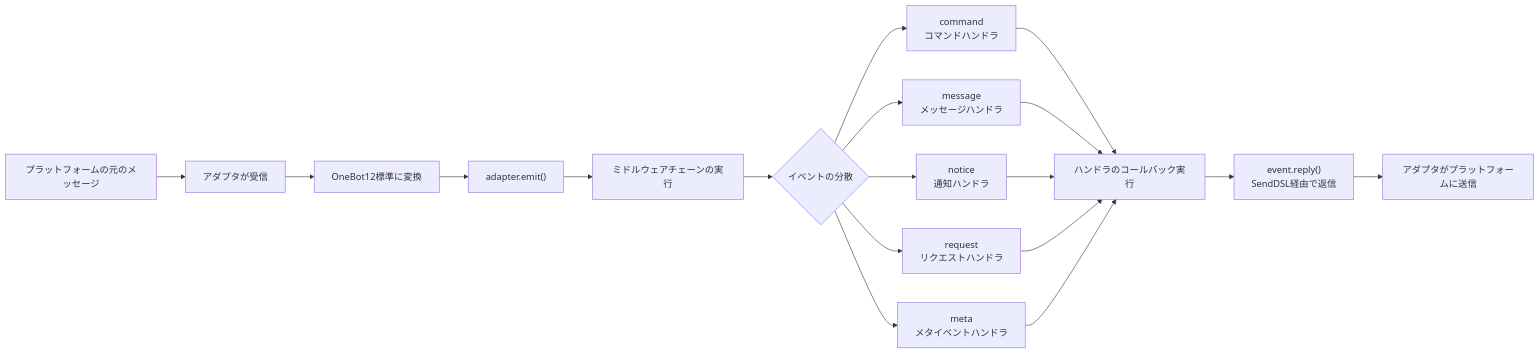
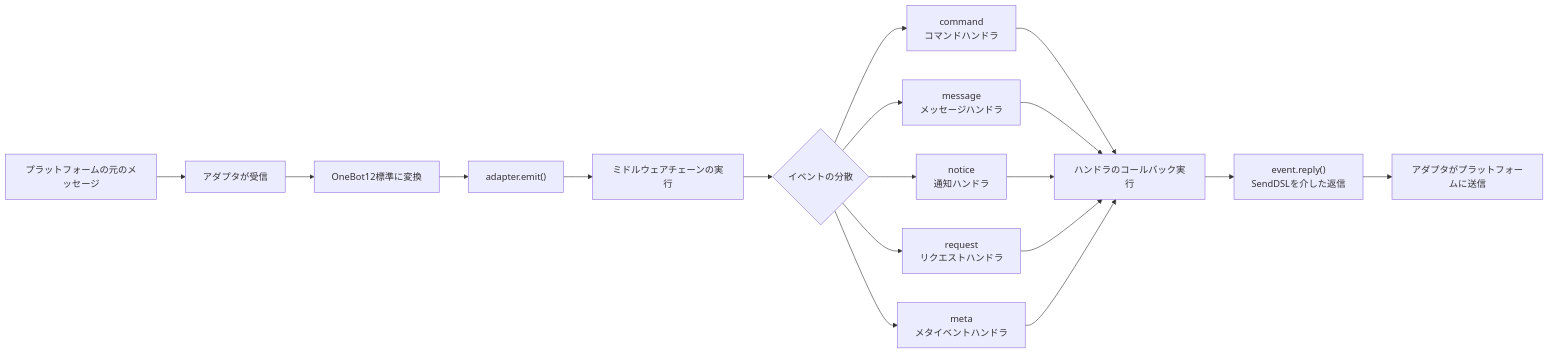
One commit to ErisPulse/ErisPulse changed the third of 10 diagrams in docs/ja/architecture.md. Above: the diagram before and after it, drawn with Mermaid. The commit also changed other lines of this file and 83 other files, not shown here.

````diff
--- a/docs/ja/architecture.md
+++ b/docs/ja/architecture.md
@@ -88,16 +88,16 @@
 ```mermaid
 flowchart LR
     A["プラットフォームの元のメッセージ"] --> B["アダプタが受信"]
     B --> C["OneBot12標準に変換"]
     C --> D["adapter.emit()"]
     D --> E["ミドルウェアチェーンの実行"]
     E --> F{"イベントの分散"}
     F --> G1["command<br/>コマンドハンドラ"]
     F --> G2["message<br/>メッセージハンドラ"]
     F --> G3["notice<br/>通知ハンドラ"]
     F --> G4["request<br/>リクエストハンドラ"]
     F --> G5["meta<br/>メタイベントハンドラ"]
     G1 & G2 & G3 & G4 & G5 --> H["ハンドラのコールバック実行"]
-    H --> I["event.reply()<br/>SendDSL経由で返信"]
+    H --> I["event.reply()<br/>SendDSLを介した返信"]
     I --> J["アダプタがプラットフォームに送信"]
 ```
````
